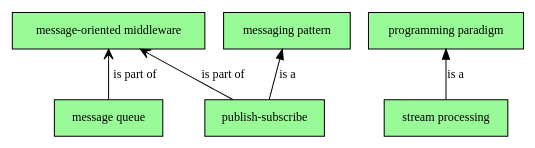
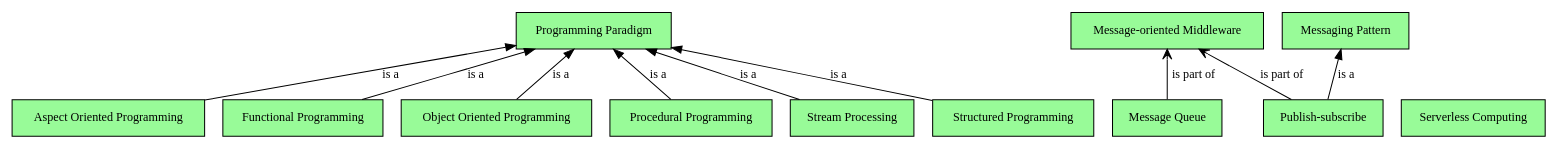
Before and after one commit to chris0103/spider-net: the diagram in tech-buzz/programming.dot, drawn with Graphviz. The commit also changed 4 other files, not shown here.

```diff
--- a/tech-buzz/programming.dot
+++ b/tech-buzz/programming.dot
@@ -1,43 +1,53 @@
 digraph programming {
 	rankdir = BT;
     fontname = "Verdana";
     fontsize = 12;
     node [fontname = "Verdana", fontsize = 12, shape = "record"];
     edge [fontname = "Verdana", fontsize = 12];
 		
-	message_oriented_middleware [label = "message-oriented middleware", style = "filled", fillcolor = "palegreen"];
-	message_queue [label = "message queue", style = "filled", fillcolor = "palegreen"];
-	messaging_pattern [label = "messaging pattern", style = "filled", fillcolor = "palegreen"];
-	publish_subscribe [label = "publish-subscribe", style = "filled", fillcolor = "palegreen"];
-	
-	programming_paradigm [label = "programming paradigm", style = "filled", fillcolor = "palegreen"];
-	stream_processing [label = "stream processing", style = "filled", fillcolor = "palegreen"];
+	aspect_oriented_programming [label = "Aspect Oriented Programming", style = "filled", fillcolor = "palegreen"];
+	functional_programming [label = "Functional Programming", style = "filled", fillcolor = "palegreen"];
+	message_oriented_middleware [label = "Message-oriented Middleware", style = "filled", fillcolor = "palegreen"];
+	message_queue [label = "Message Queue", style = "filled", fillcolor = "palegreen"];
+	messaging_pattern [label = "Messaging Pattern", style = "filled", fillcolor = "palegreen"];
+	object_oriented_programming [label = "Object Oriented Programming", style = "filled", fillcolor = "palegreen"];
+	procedural_programming [label = "Procedural Programming", style = "filled", fillcolor = "palegreen"];
+	programming_paradigm [label = "Programming Paradigm", style = "filled", fillcolor = "palegreen"];
+	publish_subscribe [label = "Publish-subscribe", style = "filled", fillcolor = "palegreen"];
+	serverless_computing [label = "Serverless Computing", style = "filled", fillcolor = "palegreen"];
+	stream_processing [label = "Stream Processing", style = "filled", fillcolor = "palegreen"];
+	structured_programming [label = "Structured Programming", style = "filled", fillcolor = "palegreen"];
 
 	/*	
 	
 	// configuration node
 	node [shape = "record", style = "rounded, filled"];
 	
 	subgraph cluster00 {
 		label = "";
 		style = filled;
 		color = grey90;
 	}
 	
 	// item_name [label = "item_label", style = "filled", fillcolor = "palegreen"];
 	// record_name [shape = "record", label = "{{<f0>interface|{<f10>(other implementers)}}|(other methods)}"];
 	// record_without_properties [shape = "record", label = "{<f0>label|<f1>value}"];
 	// record_with_properties [shape = "record", label = "{<f0>label|<f1>value|{{<f20>property|<f21>value}}}"];
 	// interface_minor [shape = "plaintext", label = "Interface_minor"];
 	// interface [label = "{<f0>Interface|<f2>+ method() : return_type\l}", style = "rounded, filled", fillcolor = "mediumpurple1"];
 	// abstract_class [label = "{<f0>Abstract_Class|<f1>+ field1 : type\l+ field2 : type\l|<f2>&#170; abstract_method() : return_type\l&#537; static_method() : return_type\l+ method() : return_type\l}", style = "rounded, filled, dashed", fillcolor = "springgreen"];
 	// class [label = "{<f0>Class|<f1>+ field1 : type\l+ field2 : type\l&#10765; final_field : type\l&#537; static_field : type\l|<f2>+ method() : return_type\l&#537; static_method() : return_type\l&#186; overriden_method() : return_type\l}", style = "rounded, filled", fillcolor = "springgreen"];	
 	// bean_record [label = "{<f0>beanId|<f1>beanClass|{{<f20>property1|<f21>property2}}}"];
 	*/
 	
 	publish_subscribe -> messaging_pattern [label = "is a"];
 	publish_subscribe -> message_oriented_middleware [arrowhead = "vee", label = "is part of"];
 	message_queue -> message_oriented_middleware [arrowhead = "vee", label = "is part of"];
 	
 	stream_processing -> programming_paradigm [label = "is a"];
+	structured_programming -> programming_paradigm [label = "is a"];
+	procedural_programming -> programming_paradigm [label = "is a"];
+	object_oriented_programming -> programming_paradigm [label = "is a"];
+	functional_programming -> programming_paradigm [label = "is a"];
+	aspect_oriented_programming -> programming_paradigm [label = "is a"];
 }
```
